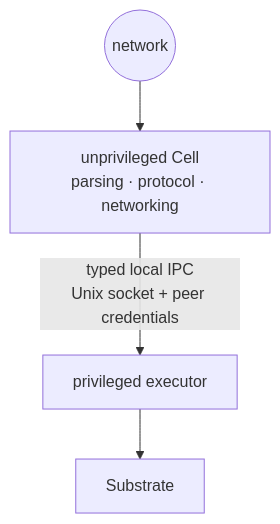
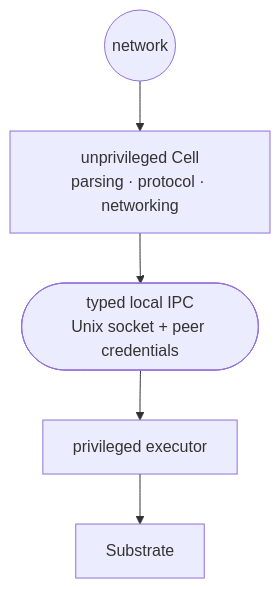
The fifth of 8 diagrams in docs/architecture/runtime.md (kmosoti/Nomos), drawn with Mermaid before and after one commit. The commit also changed other lines of this file and 7 other files, not shown here.

First line of the commit message:
Fix Mermaid diagrams that fail to render on GitHub

````diff
--- a/docs/architecture/runtime.md
+++ b/docs/architecture/runtime.md
@@ -76,6 +83,6 @@
 ```mermaid
 flowchart TB
     net(("network")) --> cell["unprivileged Cell<br/>parsing · protocol · networking"]
-    cell -- "typed local IPC<br/>Unix socket + peer credentials" --> priv["privileged executor"]
+    cell --> ipc(["typed local IPC<br/>Unix socket + peer credentials"]) --> priv["privileged executor"]
     priv --> sub["Substrate"]
 ```
````
